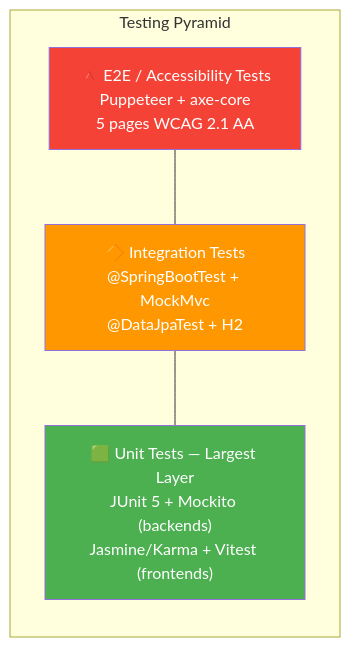
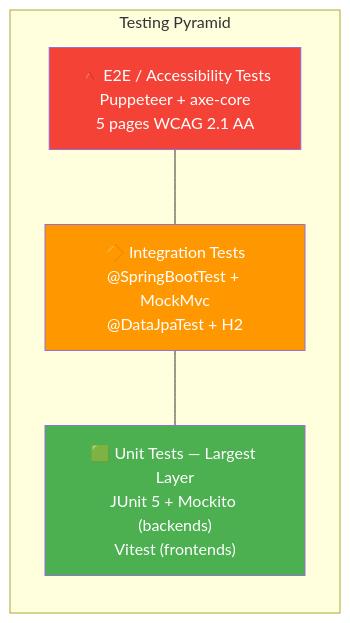
Before and after one commit to clark22134/MyPortfolioWebsite: the first of 3 diagrams in portfolio-frontend/public/docs/TESTING_STRATEGY.md, drawn with Mermaid. The commit also changed other lines of this file and 147 other files, not shown here.

````diff
--- a/portfolio-frontend/public/docs/TESTING_STRATEGY.md
+++ b/portfolio-frontend/public/docs/TESTING_STRATEGY.md
@@ -41,15 +41,15 @@
 ```mermaid
 graph TB
     subgraph Pyramid["Testing Pyramid"]
         direction TB
         E2E["🔺 E2E / Accessibility Tests<br/>Puppeteer + axe-core<br/>5 pages WCAG 2.1 AA"]
         INT["🔶 Integration Tests<br/>@SpringBootTest + MockMvc<br/>@DataJpaTest + H2"]
-        UNIT["🟩 Unit Tests — Largest Layer<br/>JUnit 5 + Mockito (backends)<br/>Jasmine/Karma + Vitest (frontends)"]
+        UNIT["🟩 Unit Tests — Largest Layer<br/>JUnit 5 + Mockito (backends)<br/>Vitest (frontends)"]
     end
 
     E2E --- INT --- UNIT
 
     style UNIT fill:#4caf50,color:#fff
     style INT fill:#ff9800,color:#fff
     style E2E fill:#f44336,color:#fff
 ```
````
